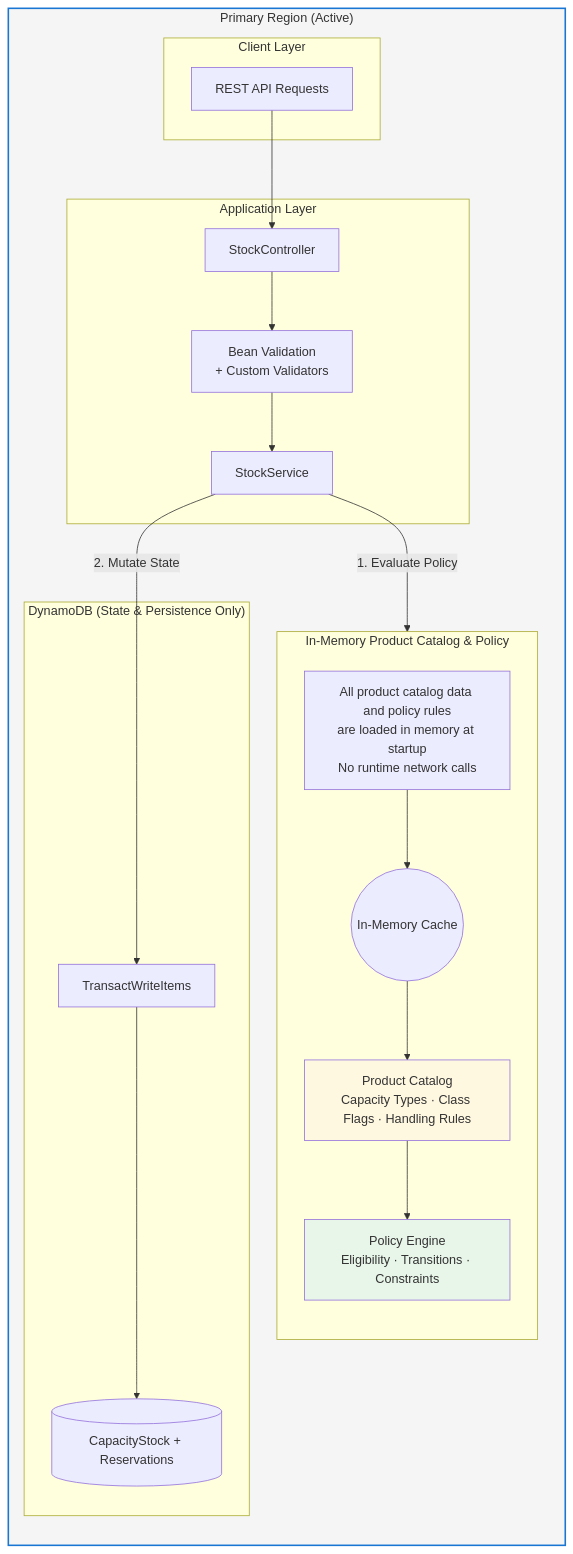
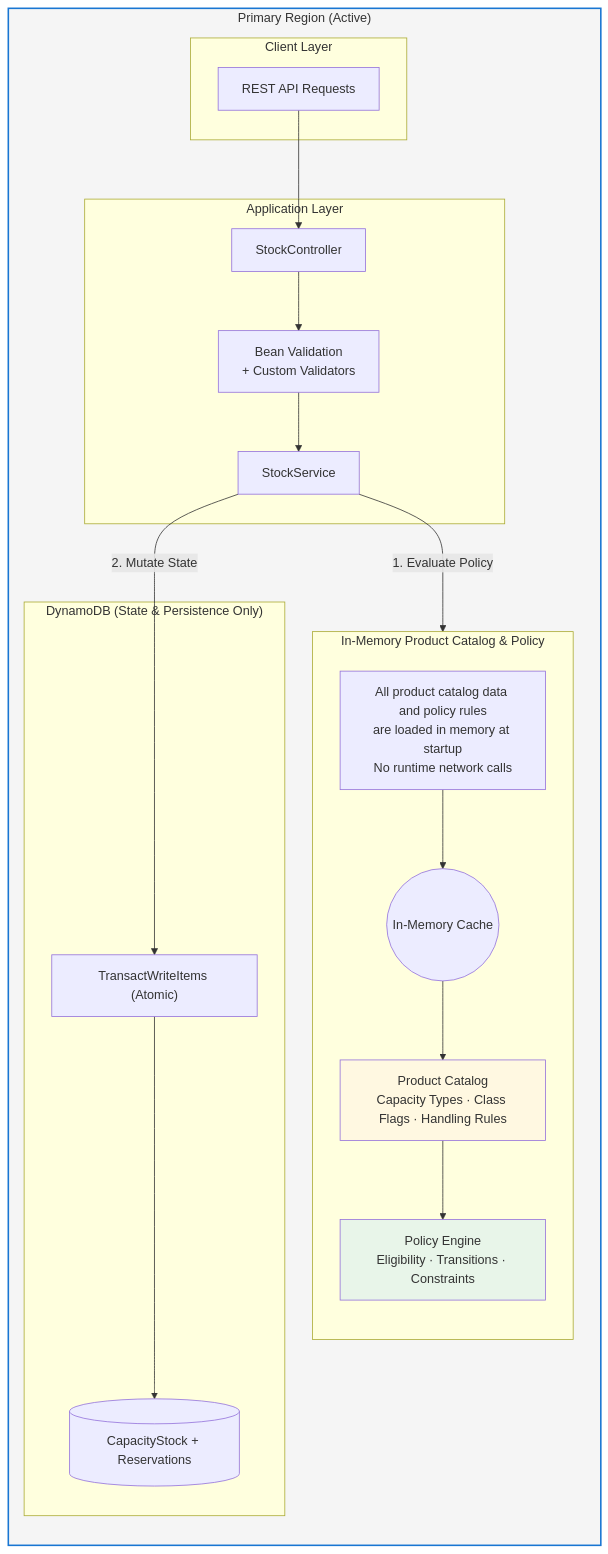
Before and after one commit to sethu-rs/stockkeeper: the first of 6 diagrams in docs/api-flow-diagrams.md, drawn with Mermaid. The commit also changed other lines of this file, not shown here.

````diff
--- a/docs/api-flow-diagrams.md
+++ b/docs/api-flow-diagrams.md
@@ -37,44 +37,44 @@
 ```mermaid
 flowchart TB
     subgraph Region["Primary Region (Active)"]
     direction TB
 
     subgraph Client["Client Layer"]
         API[REST API Requests]
     end
 
     subgraph App["Application Layer"]
         Controller[StockController]
         Validator["Bean Validation<br/>+ Custom Validators"]
         Service[StockService]
     end
 
     subgraph InMemory["In-Memory Product Catalog & Policy"]
         direction TB
 
         Title["All product catalog data and policy rules<br/>are loaded in memory at startup<br/>No runtime network calls"]
         
         ConfigCache(("In-Memory Cache"))
         ProductCatalog["Product Catalog<br/>Capacity Types · Class Flags · Handling Rules"]
         PolicyEngine["Policy Engine<br/>Eligibility · Transitions · Constraints"]
 
         Title --> ConfigCache
         ConfigCache --> ProductCatalog
         ProductCatalog --> PolicyEngine
     end
 
     subgraph DynamoDB["DynamoDB (State & Persistence Only)"]
         Tables[("CapacityStock + Reservations")]
-        Transaction["TransactWriteItems"]
+        Transaction["TransactWriteItems (Atomic)"]
     end
 
     API --> Controller --> Validator --> Service
     Service -->|"1. Evaluate Policy"| PolicyEngine
     Service -->|"2. Mutate State"| Transaction --> Tables
 
     end
 
     style PolicyEngine fill:#e8f5e9
     style ProductCatalog fill:#fff8e1
     style Region fill:#f5f5f5,stroke:#1976d2,stroke-width:2px
 ```
````
